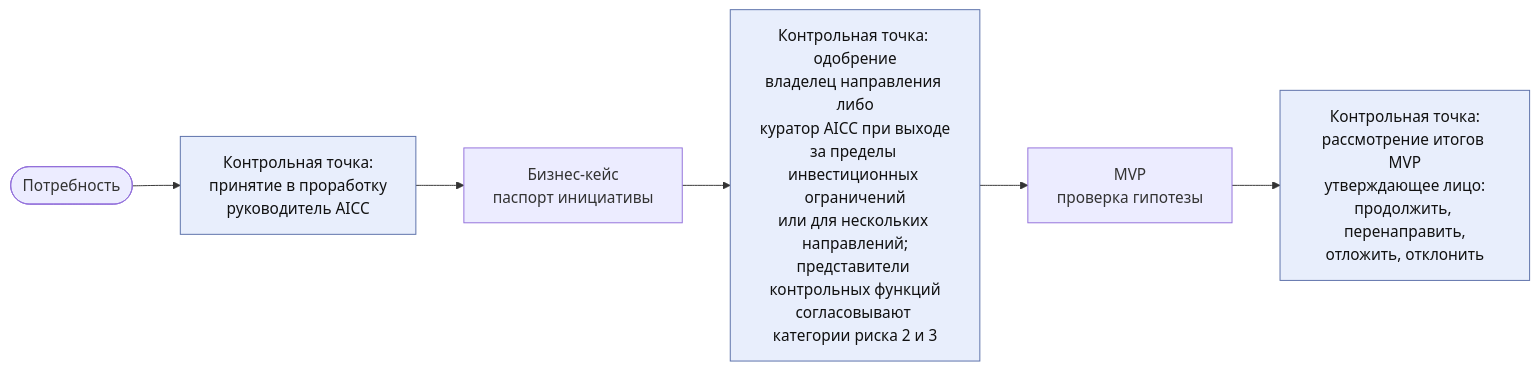
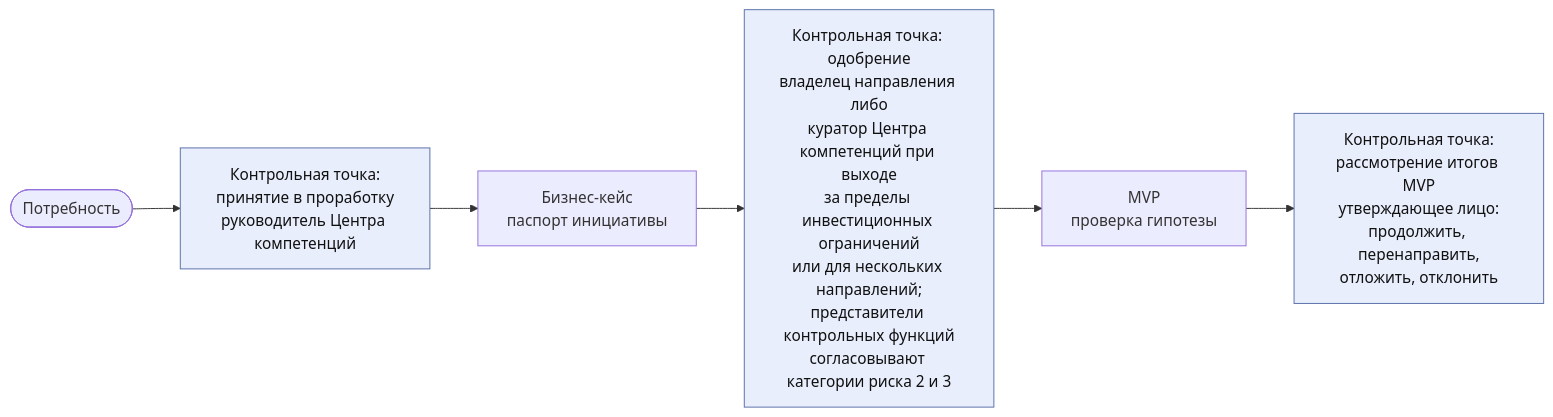
The second of 5 diagrams in charter/ru/guides/service-delivery-guide.md (devhogu/ob-aicc), drawn with Mermaid before and after one commit. The commit also changed other lines of this file and 1149 other files, not shown here.

````diff
--- a/charter/ru/guides/service-delivery-guide.md
+++ b/charter/ru/guides/service-delivery-guide.md
@@ -48,10 +48,10 @@
 ```mermaid
 flowchart LR
-  N(["Потребность"]) --> G1["Контрольная точка:<br/>принятие в проработку<br/>руководитель AICC"]
+  N(["Потребность"]) --> G1["Контрольная точка:<br/>принятие в проработку<br/>руководитель Центра компетенций"]
   G1 --> BC["Бизнес-кейс<br/>паспорт инициативы"]
-  BC --> G2["Контрольная точка: одобрение<br/>владелец направления либо<br/>куратор AICC при выходе<br/>за пределы инвестиционных ограничений<br/>или для нескольких направлений;<br/>представители контрольных функций<br/>согласовывают категории риска 2 и 3"]
+  BC --> G2["Контрольная точка: одобрение<br/>владелец направления либо<br/>куратор Центра компетенций при выходе<br/>за пределы инвестиционных ограничений<br/>или для нескольких направлений;<br/>представители контрольных функций<br/>согласовывают категории риска 2 и 3"]
   G2 --> MV["MVP<br/>проверка гипотезы"]
   MV --> G3["Контрольная точка:<br/>рассмотрение итогов MVP<br/>утверждающее лицо:<br/>продолжить, перенаправить,<br/>отложить, отклонить"]
   classDef gate fill:#e8eefc,stroke:#5a6fa8,color:#111
   class G1,G2,G3 gate
 ```
````
